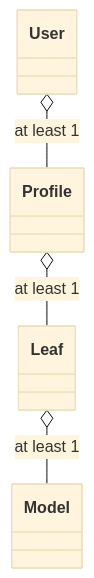
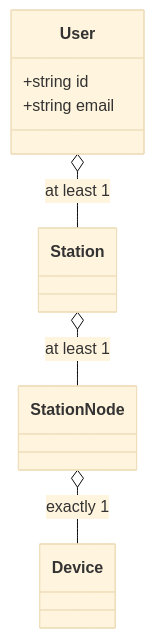
The diagram in system/apps/logatron/diagrams.md (beam-campus/logatron), drawn with Mermaid (base theme) before and after one commit. The commit also changed other lines of this file and 52 other files, not shown here.

````diff
--- a/system/apps/logatron/diagrams.md
+++ b/system/apps/logatron/diagrams.md
@@ -5,8 +38,8 @@
 ```mermaid
-
 classDiagram
-  User  o-- Profile : at least 1
-  Profile o-- Leaf : at least 1
-  Leaf  o-- Model : at least 1
-
+  User  o-- Station : at least 1
+  User: +string id 
+  User: +string email
+  Station o-- StationNode : at least 1
+  StationNode o-- Device : exactly 1
 ```
````
